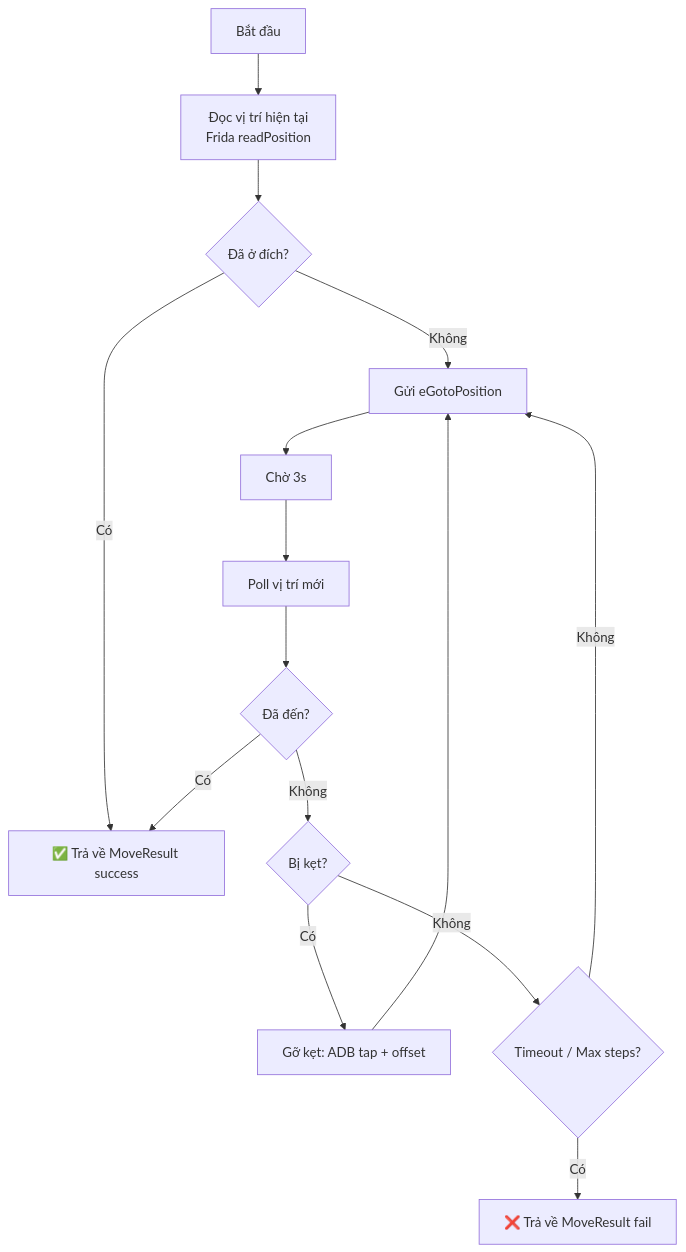
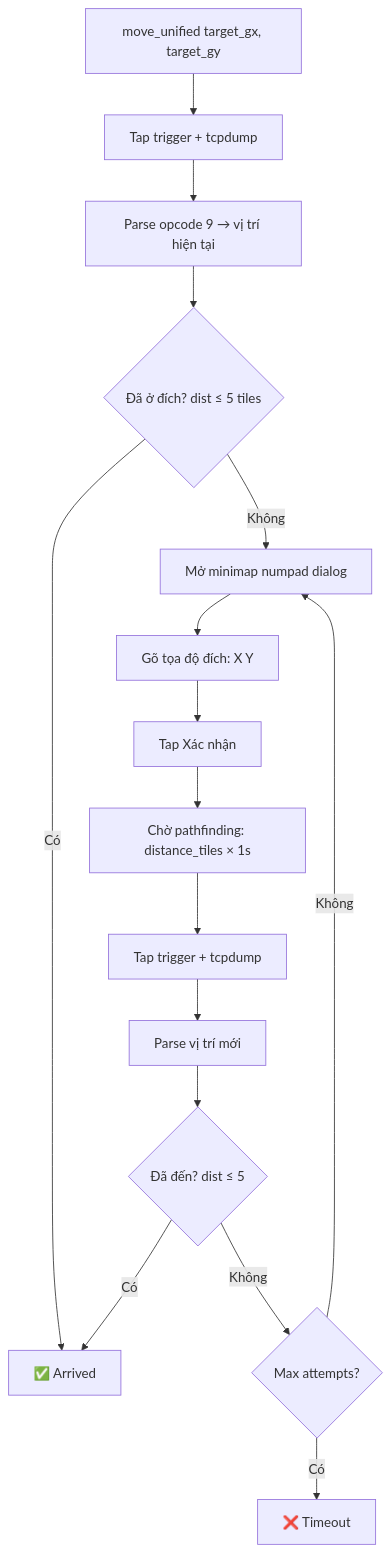
Before and after one commit to TraNLC/CEN_HackAIThon: the diagram in docs/08_movement.md, drawn with Mermaid. The commit also changed other lines of this file, not shown here.

Commit message:
update doc move logc

````diff
--- a/docs/08_movement.md
+++ b/docs/08_movement.md
@@ -29,17 +32,18 @@
 ```mermaid
 flowchart TD
-    A[Bắt đầu] --> B[Đọc vị trí hiện tại<br>Frida readPosition]
-    B --> C{Đã ở đích?}
-    C -->|Có| D[✅ Trả về MoveResult success]
-    C -->|Không| E[Gửi eGotoPosition]
-    E --> F[Chờ 3s]
-    F --> G[Poll vị trí mới]
-    G --> H{Đã đến?}
-    H -->|Có| D
-    H -->|Không| I{Bị kẹt?}
-    I -->|Có| J[Gỡ kẹt: ADB tap + offset]
-    I -->|Không| K{Timeout / Max steps?}
-    J --> E
-    K -->|Có| L[❌ Trả về MoveResult fail]
-    K -->|Không| E
+    A[move_unified target_gx, target_gy] --> B[Tap trigger + tcpdump]
+    B --> C[Parse opcode 9 → vị trí hiện tại]
+    C --> D{Đã ở đích? dist ≤ 5 tiles}
+    D -->|Có| E[✅ Arrived]
+    D -->|Không| F[Mở minimap numpad dialog]
+    F --> G[Gõ tọa độ đích: X Y]
+    G --> H[Tap Xác nhận]
+    H --> I[Chờ pathfinding: distance_tiles × 1s]
+    I --> J[Tap trigger + tcpdump]
+    J --> K[Parse vị trí mới]
+    K --> L{Đã đến? dist ≤ 5}
+    L -->|Có| E
+    L -->|Không| M{Max attempts?}
+    M -->|Có| N[❌ Timeout]
+    M -->|Không| F
 ```
````
